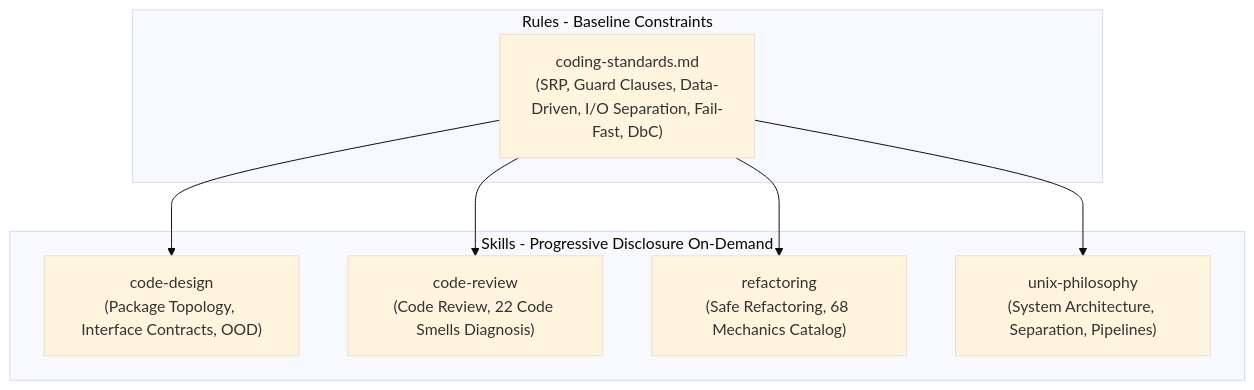
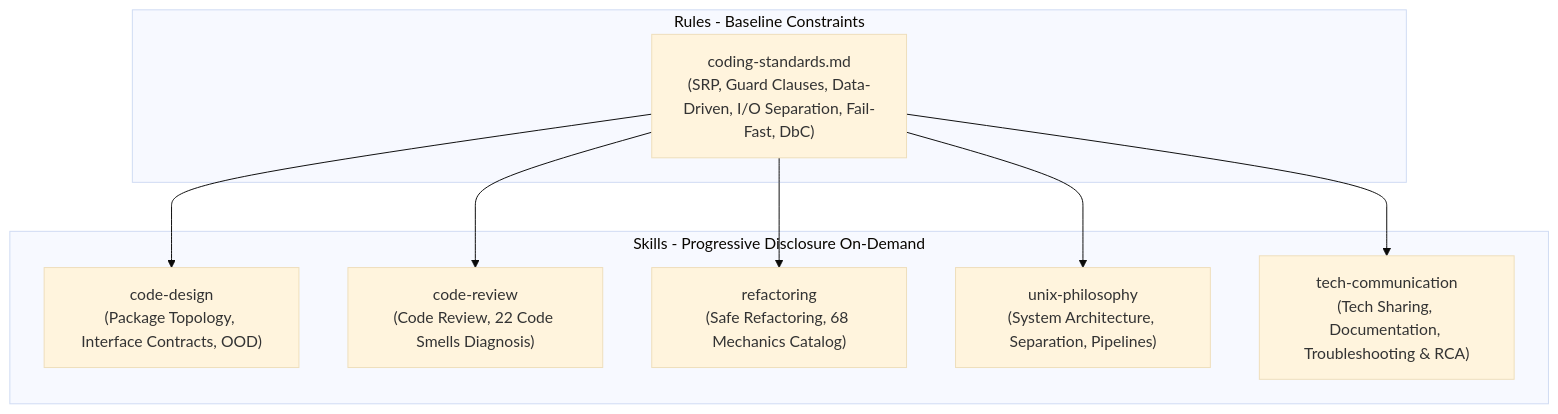
One commit to lilucpp/code-craft changed the diagram in README_EN.md. Above: the diagram before and after it, drawn with Mermaid (base theme). The commit also changed other lines of this file and 7 other files, not shown here.

Commit message:
feat: add tech-communication skill and update bilingual readmes

````diff
--- a/README_EN.md
+++ b/README_EN.md
@@ -13,18 +13,20 @@
 ```mermaid
 flowchart TD
     subgraph Always-On Rules [Rules - Baseline Constraints]
         R["coding-standards.md<br/>(SRP, Guard Clauses, Data-Driven, I/O Separation, Fail-Fast, DbC)"]
     end
 
     subgraph Specialized Skills [Skills - Progressive Disclosure On-Demand]
         S1["code-design<br/>(Package Topology, Interface Contracts, OOD)"]
         S2["code-review<br/>(Code Review, 22 Code Smells Diagnosis)"]
         S3["refactoring<br/>(Safe Refactoring, 68 Mechanics Catalog)"]
         S4["unix-philosophy<br/>(System Architecture, Separation, Pipelines)"]
+        S5["tech-communication<br/>(Tech Sharing, Documentation, Troubleshooting & RCA)"]
     end
 
     R --> S1
     R --> S2
     R --> S3
     R --> S4
+    R --> S5
 ```
````
